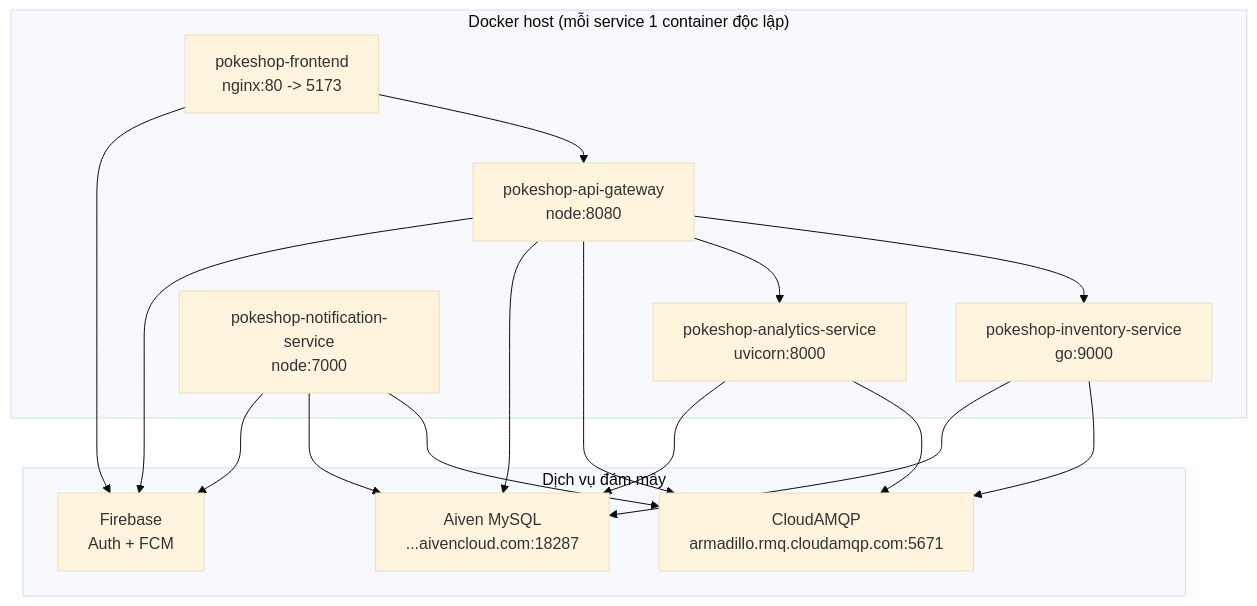
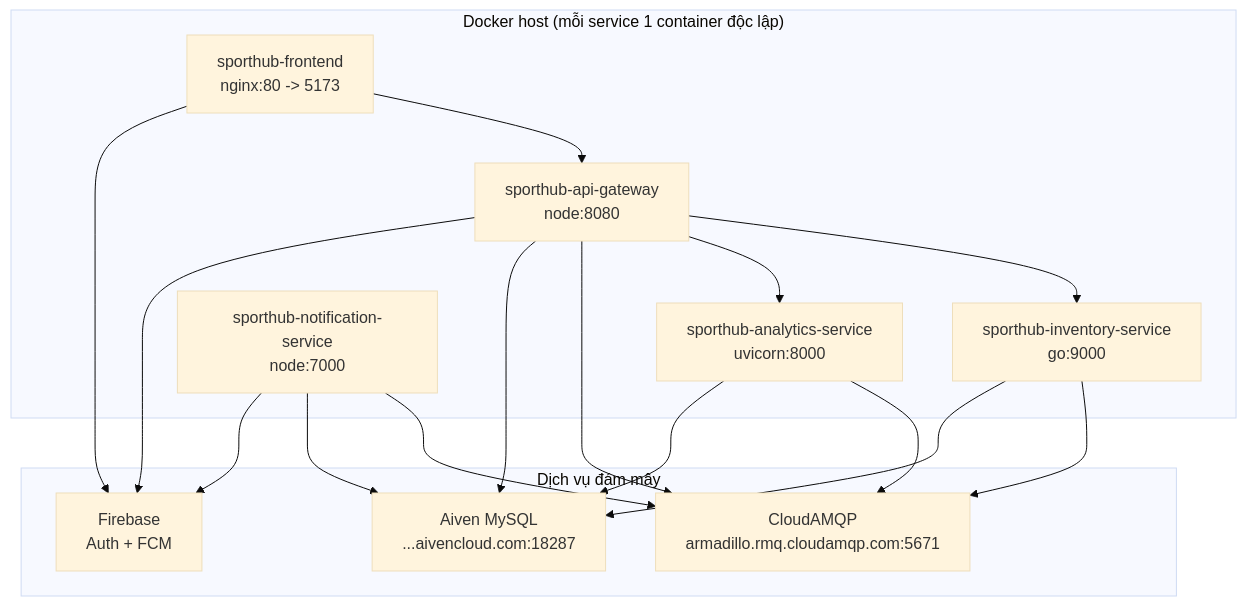
One commit to lualua0909/hcmute-design-pattern changed diagram 14 of 14 in README.md. Above: the diagram before and after it, drawn with Mermaid (base theme). The commit also changed other lines of this file and 49 other files, not shown here.

````diff
--- a/README.md
+++ b/README.md
@@ -572,23 +573,23 @@
 ```mermaid
 graph TB
     subgraph host["Docker host (mỗi service 1 container độc lập)"]
-        c1["pokeshop-frontend<br/>nginx:80 -> 5173"]
-        c2["pokeshop-api-gateway<br/>node:8080"]
-        c3["pokeshop-inventory-service<br/>go:9000"]
-        c4["pokeshop-analytics-service<br/>uvicorn:8000"]
-        c5["pokeshop-notification-service<br/>node:7000"]
+        c1["sporthub-frontend<br/>nginx:80 -> 5173"]
+        c2["sporthub-api-gateway<br/>node:8080"]
+        c3["sporthub-inventory-service<br/>go:9000"]
+        c4["sporthub-analytics-service<br/>uvicorn:8000"]
+        c5["sporthub-notification-service<br/>node:7000"]
     end
 
     subgraph cloud["Dịch vụ đám mây"]
         amqp["CloudAMQP<br/>armadillo.rmq.cloudamqp.com:5671"]
         aiven["Aiven MySQL<br/>...aivencloud.com:18287"]
         fbase["Firebase<br/>Auth + FCM"]
     end
 
     c1 --> c2
     c2 --> c3 & c4
     c2 & c3 & c4 & c5 --> amqp
     c2 & c3 & c4 & c5 --> aiven
     c2 & c5 --> fbase
     c1 --> fbase
 ```
````
